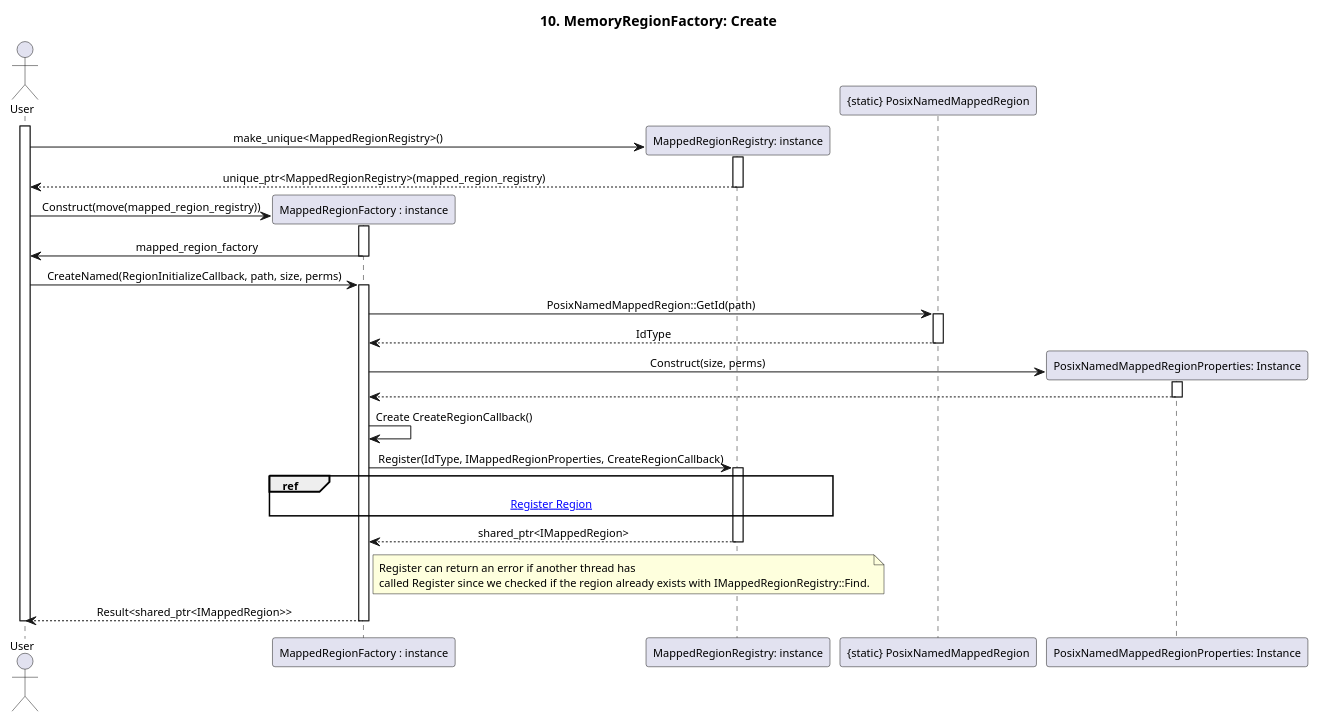
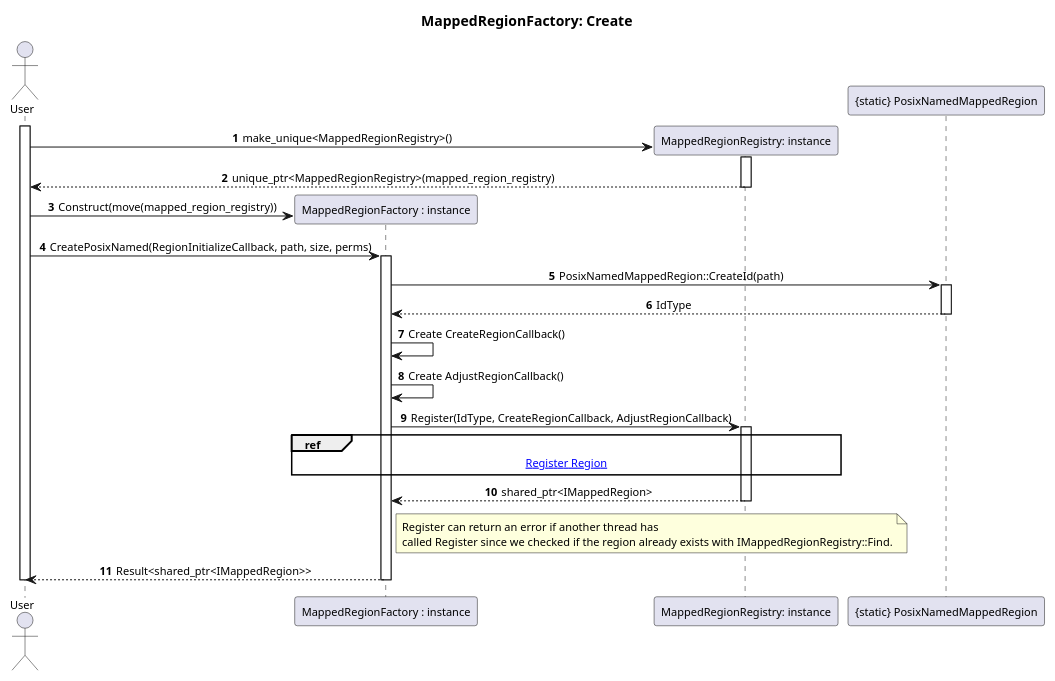
Before and after one commit to eclipse-score/communication: the diagram in score/memory/shared/design/redesign_proposal/assets/seq_10_mapped_region_factory_create.puml, drawn with PlantUML. The commit also changed 7 other files, not shown here.

Commit message:
Adapt sequences, class diagram and extended README.md

```diff
--- a/score/memory/shared/design/redesign_proposal/assets/seq_10_mapped_region_factory_create.puml
+++ b/score/memory/shared/design/redesign_proposal/assets/seq_10_mapped_region_factory_create.puml
@@ -1,77 +1,66 @@
 @startuml seq_10_mapped_region_factory_create
-title 10. MemoryRegionFactory: Create
+autonumber
+title MappedRegionFactory: Create
 skinparam defaultFontSize 11
 skinparam sequenceMessageAlign center
 
 actor "User" as User
 participant "MappedRegionFactory : instance" as mapped_region_factory
 participant "MappedRegionRegistry: instance" as mapped_region_registry
-' participant "IMappedRegionRegistry" as mapped_region_registry
 participant "{static} PosixNamedMappedRegion" as mapped_region
-participant "PosixNamedMappedRegionProperties: Instance" as posix_named_mapped_region_properties
 
 activate User
 
 Create mapped_region_registry
 User -> mapped_region_registry : make_unique<MappedRegionRegistry>()
 activate mapped_region_registry
 
 mapped_region_registry --> User : unique_ptr<MappedRegionRegistry>(mapped_region_registry)
 deactivate mapped_region_registry
 
 Create mapped_region_factory
 User -> mapped_region_factory : Construct(move(mapped_region_registry))
-activate mapped_region_factory
 
-mapped_region_factory -> User : mapped_region_factory
-deactivate mapped_region_factory
-
-User -> mapped_region_factory : CreateNamed(RegionInitializeCallback, path, size, perms)
+User -> mapped_region_factory : CreatePosixNamed(RegionInitializeCallback, path, size, perms)
 activate mapped_region_factory
 
 ' mapped_region_factory -> mapped_region : make_shared<IMappedRegion>(file_descriptor, size, perms)
 ' activate mapped_region
 
 ' mapped_region --> mapped_region_factory : shared_ptr<IMappedRegion>
 ' deactivate mapped_region
 
-mapped_region_factory -> mapped_region : PosixNamedMappedRegion::GetId(path)
+mapped_region_factory -> mapped_region : PosixNamedMappedRegion::CreateId(path)
 activate mapped_region
 
 mapped_region --> mapped_region_factory : IdType
 deactivate mapped_region
 
-Create posix_named_mapped_region_properties
-mapped_region_factory -> posix_named_mapped_region_properties : Construct(size, perms)
-activate posix_named_mapped_region_properties
+mapped_region_factory -> mapped_region_factory : Create CreateRegionCallback()
+mapped_region_factory -> mapped_region_factory : Create AdjustRegionCallback()
 
-posix_named_mapped_region_properties --> mapped_region_factory
-deactivate posix_named_mapped_region_properties
-
-mapped_region_factory -> mapped_region_factory : Create CreateRegionCallback()
-
-mapped_region_factory -> mapped_region_registry : Register(IdType, IMappedRegionProperties, CreateRegionCallback) 
+mapped_region_factory -> mapped_region_registry : Register(IdType, CreateRegionCallback, AdjustRegionCallback)
 activate mapped_region_registry
 
 ref over mapped_region_factory, mapped_region_registry
     [[./seq_13_regular_mapped_region_registry_register.puml Register Region]]
 end ref
     mapped_region_registry --> mapped_region_factory : shared_ptr<IMappedRegion>
     deactivate mapped_region_registry
 
 
 
     note right of mapped_region_factory
     Register can return an error if another thread has 
     called Register since we checked if the region already exists with IMappedRegionRegistry::Find.
     end note
 
     mapped_region_factory --> User : Result<shared_ptr<IMappedRegion>>
 ' else IMappedRegion found
 '     mapped_region_factory --> User : Error<shared_ptr<IMappedRegion>>
 ' end
     
 deactivate mapped_region_factory
 deactivate User
 
 @enduml
```
